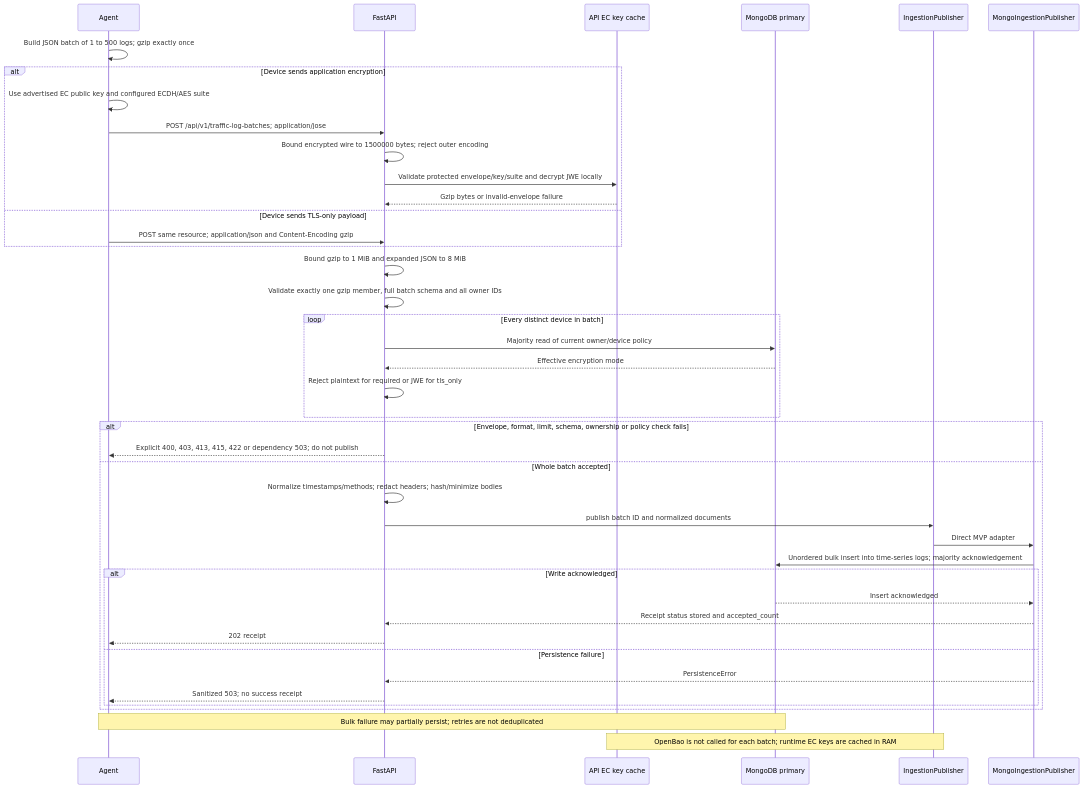
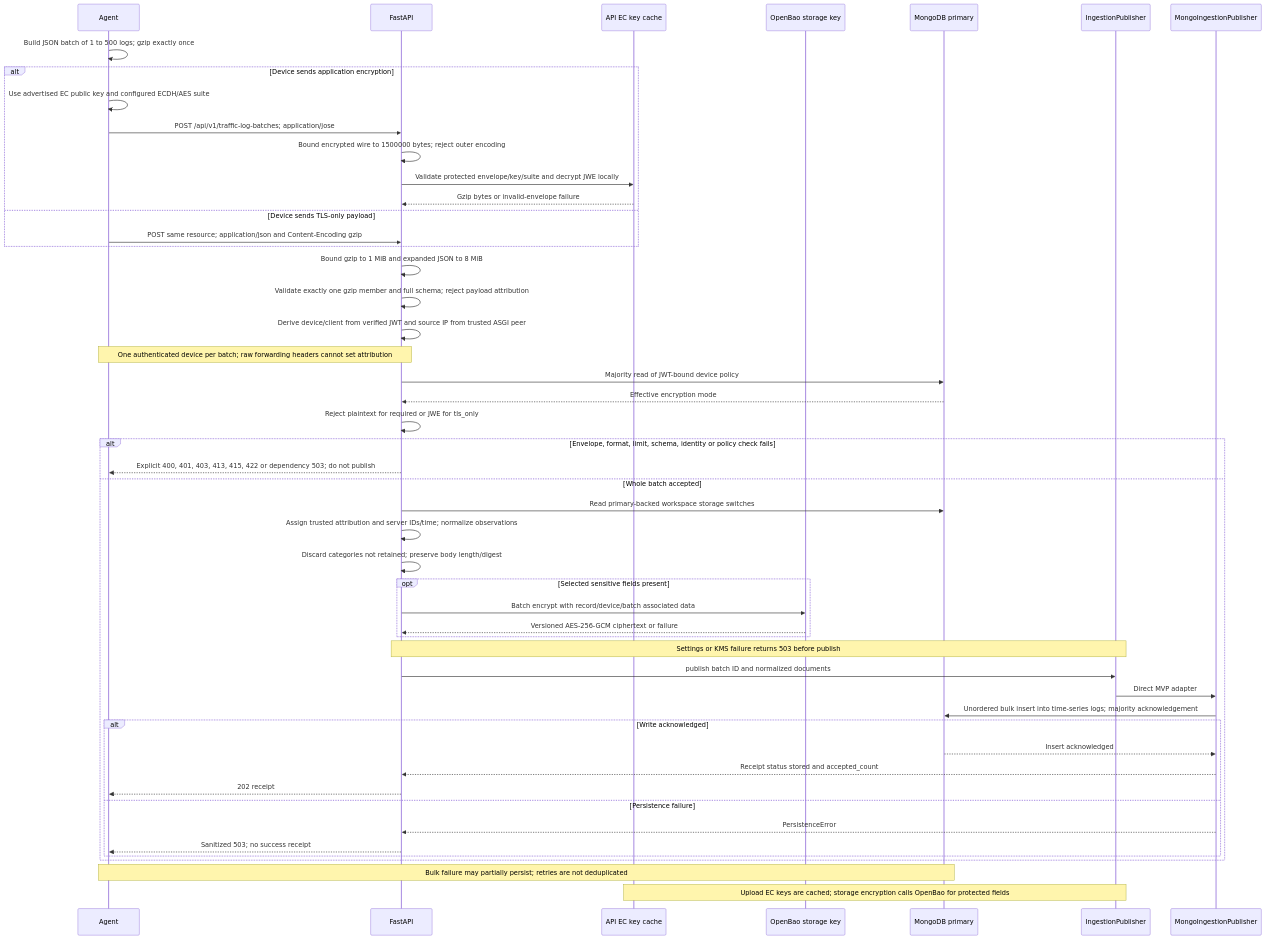
Before and after one commit to lucagiorgino/http-logger-collector: diagram 14 of 24 in docs/IMPLEMENTATION_STATUS.md, drawn with Mermaid. The commit also changed other lines of this file and 7 other files, not shown here.

First line of the commit message:
docs: update architecture and operational guidance

````diff
--- a/docs/IMPLEMENTATION_STATUS.md
+++ b/docs/IMPLEMENTATION_STATUS.md
@@ -572,44 +768,52 @@
 ```mermaid
 sequenceDiagram
     participant Agent
     participant API as FastAPI
     participant Keys as API EC key cache
+    participant Transit as OpenBao storage key
     participant Primary as MongoDB primary
     participant Publisher as IngestionPublisher
     participant Adapter as MongoIngestionPublisher
     Agent->>Agent: Build JSON batch of 1 to 500 logs#59; gzip exactly once
     alt Device sends application encryption
         Agent->>Agent: Use advertised EC public key and configured ECDH/AES suite
         Agent->>API: POST /api/v1/traffic-log-batches#59; application/jose
         API->>API: Bound encrypted wire to 1500000 bytes#59; reject outer encoding
         API->>Keys: Validate protected envelope/key/suite and decrypt JWE locally
         Keys-->>API: Gzip bytes or invalid-envelope failure
     else Device sends TLS-only payload
         Agent->>API: POST same resource#59; application/json and Content-Encoding gzip
     end
     API->>API: Bound gzip to 1 MiB and expanded JSON to 8 MiB
-    API->>API: Validate exactly one gzip member, full batch schema and all owner IDs
-    loop Every distinct device in batch
-        API->>Primary: Majority read of current owner/device policy
-        Primary-->>API: Effective encryption mode
-        API->>API: Reject plaintext for required or JWE for tls_only
-    end
-    alt Envelope, format, limit, schema, ownership or policy check fails
-        API-->>Agent: Explicit 400, 403, 413, 415, 422 or dependency 503#59; do not publish
+    API->>API: Validate exactly one gzip member and full schema#59; reject payload attribution
+    API->>API: Derive device/client from verified JWT and source IP from trusted ASGI peer
+    Note over Agent,API: One authenticated device per batch#59; raw forwarding headers cannot set attribution
+    API->>Primary: Majority read of JWT-bound device policy
+    Primary-->>API: Effective encryption mode
+    API->>API: Reject plaintext for required or JWE for tls_only
+    alt Envelope, format, limit, schema, identity or policy check fails
+        API-->>Agent: Explicit 400, 401, 403, 413, 415, 422 or dependency 503#59; do not publish
     else Whole batch accepted
-        API->>API: Normalize timestamps/methods#59; redact headers#59; hash/minimize bodies
+        API->>Primary: Read primary-backed workspace storage switches
+        API->>API: Assign trusted attribution and server IDs/time#59; normalize observations
+        API->>API: Discard categories not retained#59; preserve body length/digest
+        opt Selected sensitive fields present
+            API->>Transit: Batch encrypt with record/device/batch associated data
+            Transit-->>API: Versioned AES-256-GCM ciphertext or failure
+        end
+        Note over API,Publisher: Settings or KMS failure returns 503 before publish
         API->>Publisher: publish batch ID and normalized documents
         Publisher->>Adapter: Direct MVP adapter
         Adapter->>Primary: Unordered bulk insert into time-series logs#59; majority acknowledgement
         alt Write acknowledged
             Primary-->>Adapter: Insert acknowledged
             Adapter-->>API: Receipt status stored and accepted_count
             API-->>Agent: 202 receipt
         else Persistence failure
             Adapter-->>API: PersistenceError
             API-->>Agent: Sanitized 503#59; no success receipt
         end
     end
     Note over Agent,Primary: Bulk failure may partially persist#59; retries are not deduplicated
-    Note over Keys,Publisher: OpenBao is not called for each batch#59; runtime EC keys are cached in RAM
+    Note over Keys,Publisher: Upload EC keys are cached#59; storage encryption calls OpenBao for protected fields
 ```
````
